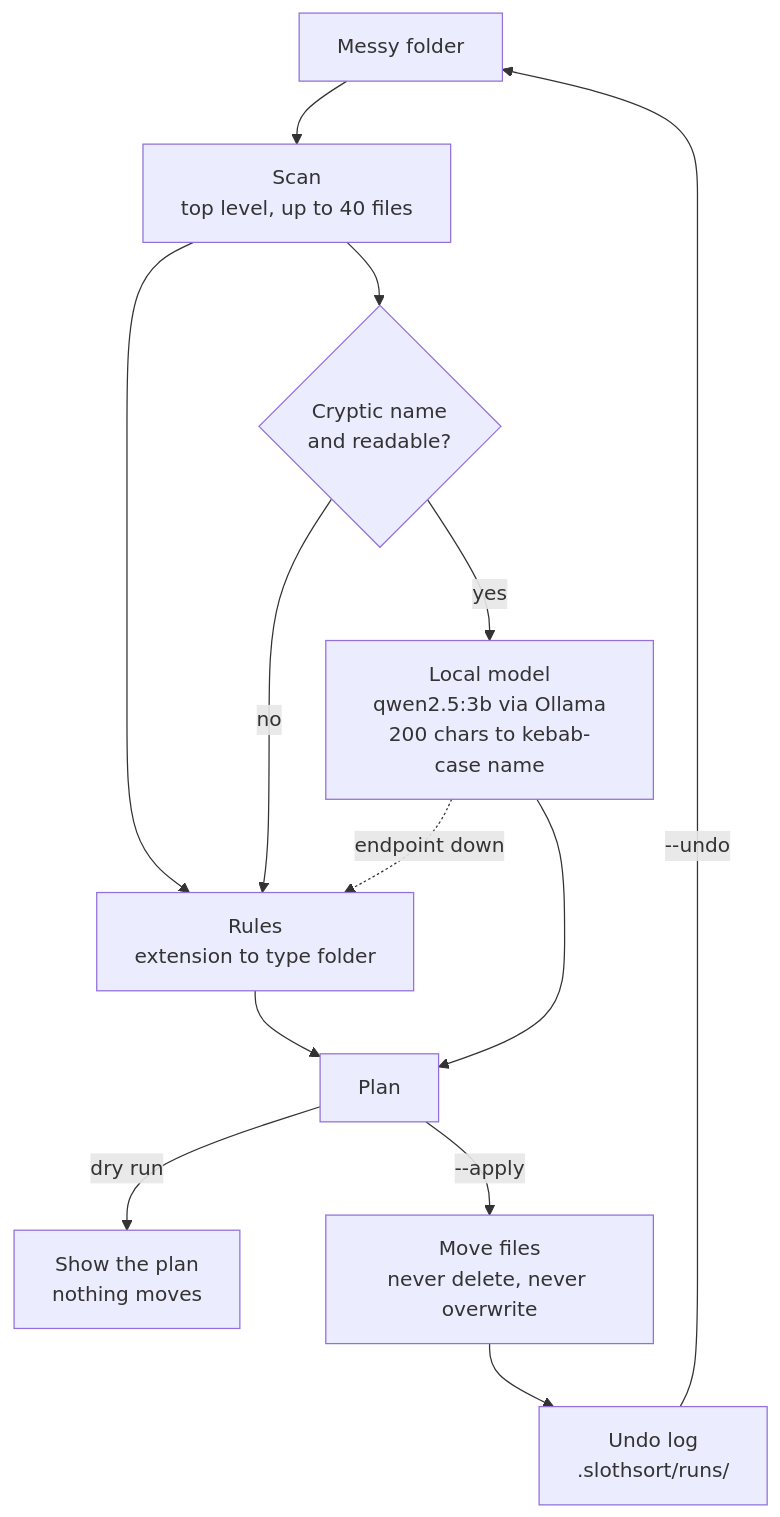
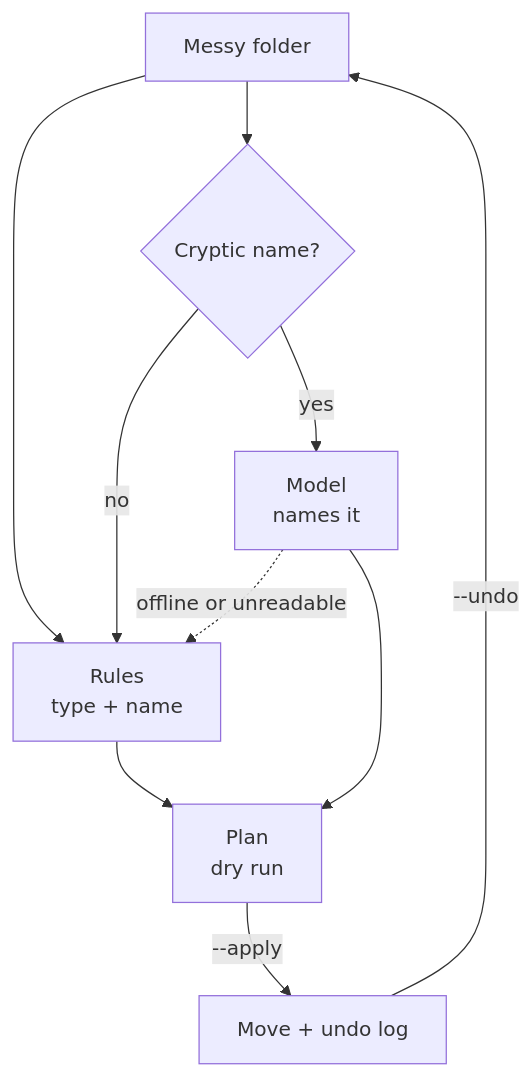
One commit to Mystical89/slothsort changed the diagram in README.md. Above: the diagram before and after it, drawn with Mermaid. The commit also changed other lines of this file and 3 other files, not shown here.

Commit message:
fix: pluralize plan output, restrict screenshot rule to images; docs: compact diagram, eligibility note up top

````diff
--- a/README.md
+++ b/README.md
@@ -123,15 +123,12 @@
 ```mermaid
 flowchart TD
-    A[Messy folder] --> B[Scan<br/>top level, up to 40 files]
-    B --> C[Rules<br/>extension to type folder]
-    B --> D{Cryptic name<br/>and readable?}
-    D -- yes --> E[Local model<br/>qwen2.5:3b via Ollama<br/>200 chars to kebab-case name]
-    D -- no --> C
-    E -.->|endpoint down| C
-    C --> F[Plan]
-    E --> F
-    F -->|dry run| G[Show the plan<br/>nothing moves]
-    F -->|--apply| H[Move files<br/>never delete, never overwrite]
-    H --> I[Undo log<br/>.slothsort/runs/]
-    I -->|--undo| A
+    A[Messy folder] --> B[Rules<br/>type + name]
+    A --> C{Cryptic name?}
+    C -- yes --> D[Model<br/>names it]
+    C -- no --> B
+    D -.->|offline or unreadable| B
+    B --> E[Plan<br/>dry run]
+    D --> E
+    E -->|--apply| F[Move + undo log]
+    F -->|--undo| A
 ```
````
